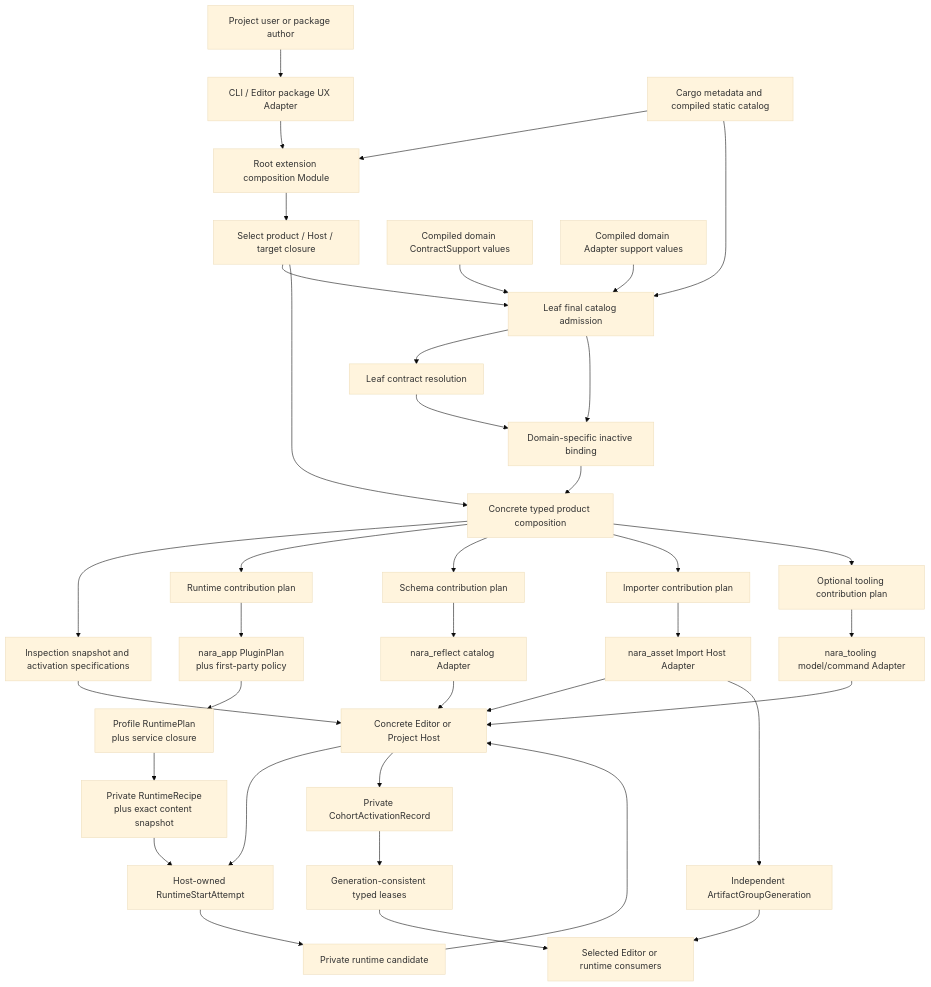
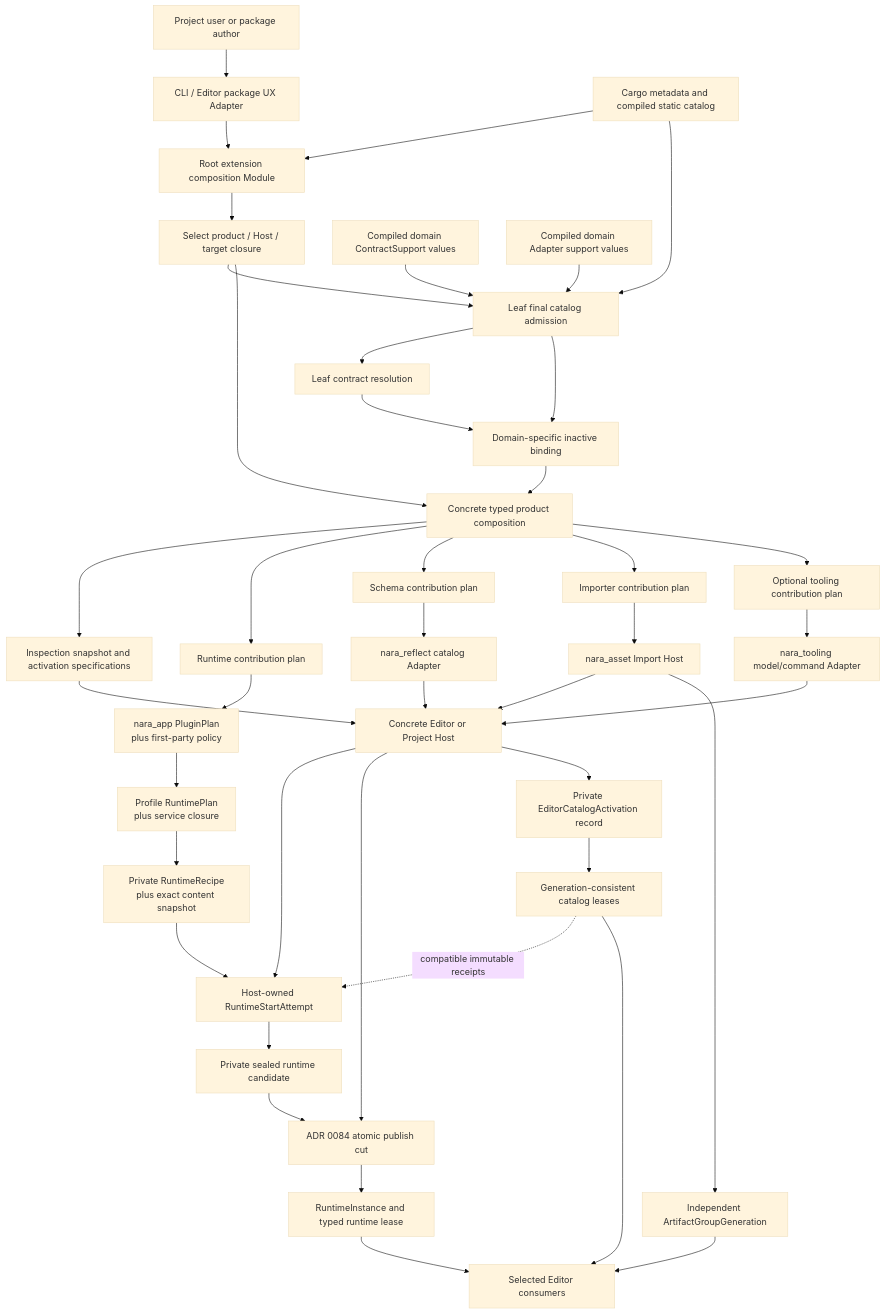
Before and after one commit to Latias94/nara: the second of 3 diagrams in docs/architecture/multi-role-extension-package-tracer-design.md, drawn with Mermaid (base theme). The commit also changed other lines of this file and 10 other files, not shown here.

First line of the commit message:
docs(architecture): define extension capability parity

````diff
--- a/docs/architecture/multi-role-extension-package-tracer-design.md
+++ b/docs/architecture/multi-role-extension-package-tracer-design.md
@@ -372,43 +372,47 @@
 ```mermaid
 flowchart TD
     User[Project user or package author] --> UX[CLI / Editor package UX Adapter]
     UX --> Root[Root extension composition Module]
     Cargo[Cargo metadata and compiled static catalog] --> Root
     Root --> Selection[Select product / Host / target closure]
     Selection --> Admission[Leaf final catalog admission]
     Cargo --> Admission
     ContractSupport[Compiled domain ContractSupport values] --> Admission
     AdapterSupport[Compiled domain Adapter support values] --> Admission
     Admission --> Resolve[Leaf contract resolution]
     Resolve --> Bind[Domain-specific inactive binding]
     Admission --> Bind
     Bind --> Composition[Concrete typed product composition]
     Selection --> Composition
 
     Composition --> Common[Inspection snapshot and activation specifications]
     Composition --> RuntimeContributionPlan[Runtime contribution plan]
     Composition --> SchemaPlan[Schema contribution plan]
     Composition --> ImportPlan[Importer contribution plan]
     Composition --> ToolPlan[Optional tooling contribution plan]
 
     RuntimeContributionPlan --> PluginPlan[nara_app PluginPlan<br/>plus first-party policy]
     PluginPlan --> RuntimePlan[Profile RuntimePlan<br/>plus service closure]
     RuntimePlan --> Recipe[Private RuntimeRecipe<br/>plus exact content snapshot]
     Recipe --> Start[Host-owned RuntimeStartAttempt]
-    Start --> Candidate[Private runtime candidate]
+    Start --> Candidate[Private sealed runtime candidate]
+    Candidate --> RuntimeCut[ADR 0084 atomic publish cut]
+    RuntimeCut --> RuntimeActive[RuntimeInstance and typed runtime lease]
     SchemaPlan --> Reflect[nara_reflect catalog Adapter]
-    ImportPlan --> Asset[nara_asset Import Host Adapter]
+    ImportPlan --> Asset[nara_asset Import Host]
     ToolPlan --> Tooling[nara_tooling model/command Adapter]
 
     Common --> Host[Concrete Editor or Project Host]
     Host --> Start
-    Candidate --> Host
+    Host --> RuntimeCut
     Reflect --> Host
     Asset --> Host
     Tooling --> Host
-    Host --> Active[Private CohortActivationRecord]
-    Active --> Leases[Generation-consistent typed leases]
-    Leases --> Consumers[Selected Editor or runtime consumers]
+    Host --> CatalogActive[Private EditorCatalogActivation record]
+    CatalogActive --> CatalogLeases[Generation-consistent catalog leases]
+    CatalogLeases -. compatible immutable receipts .-> Start
+    CatalogLeases --> Consumers[Selected Editor consumers]
+    RuntimeActive --> Consumers
     Asset --> Artifacts[Independent ArtifactGroupGeneration]
     Artifacts --> Consumers
 ```
````
